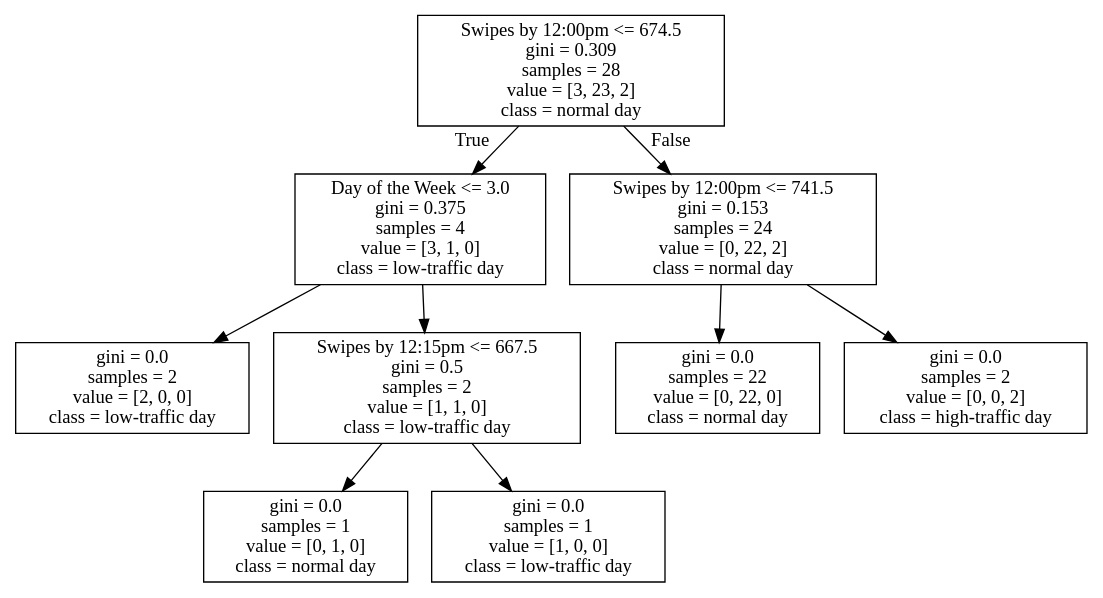
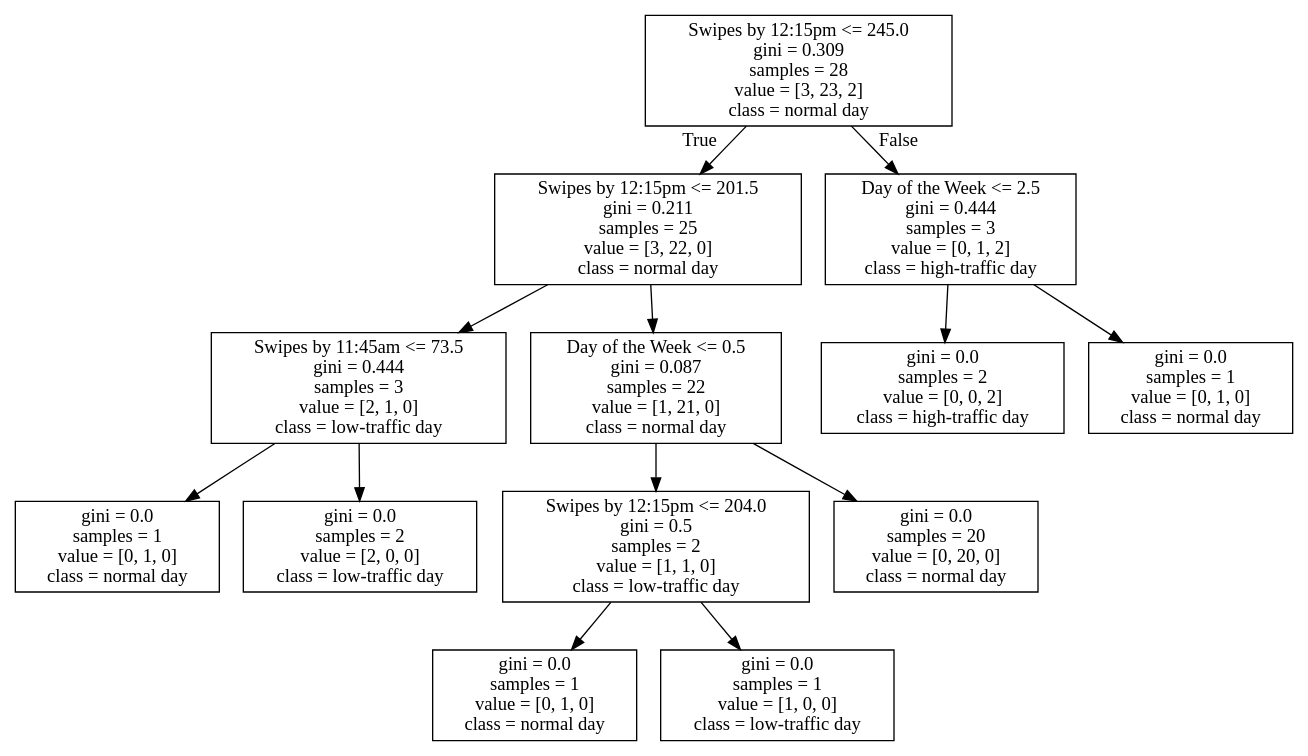
One commit to gracec10/yaledata changed the diagram in hw2_data 2/10.dot. Above: the diagram before and after it, drawn with Graphviz. The commit also changed 4 other files, not shown here.

```diff
--- a/hw2_data 2/10.dot
+++ b/hw2_data 2/10.dot
@@ -1,20 +1,28 @@
 digraph Tree {
 node [shape=box] ;
-0 [label="Swipes by 12:00pm <= 674.5\ngini = 0.309\nsamples = 28\nvalue = [3, 23, 2]\nclass = normal day"] ;
-1 [label="Day of the Week <= 3.0\ngini = 0.375\nsamples = 4\nvalue = [3, 1, 0]\nclass = low-traffic day"] ;
+0 [label="Swipes by 12:15pm <= 245.0\ngini = 0.309\nsamples = 28\nvalue = [3, 23, 2]\nclass = normal day"] ;
+1 [label="Swipes by 12:15pm <= 201.5\ngini = 0.211\nsamples = 25\nvalue = [3, 22, 0]\nclass = normal day"] ;
 0 -> 1 [labeldistance=2.5, labelangle=45, headlabel="True"] ;
-2 [label="gini = 0.0\nsamples = 2\nvalue = [2, 0, 0]\nclass = low-traffic day"] ;
+2 [label="Swipes by 11:45am <= 73.5\ngini = 0.444\nsamples = 3\nvalue = [2, 1, 0]\nclass = low-traffic day"] ;
 1 -> 2 ;
-3 [label="Swipes by 12:15pm <= 667.5\ngini = 0.5\nsamples = 2\nvalue = [1, 1, 0]\nclass = low-traffic day"] ;
-1 -> 3 ;
-4 [label="gini = 0.0\nsamples = 1\nvalue = [0, 1, 0]\nclass = normal day"] ;
-3 -> 4 ;
-5 [label="gini = 0.0\nsamples = 1\nvalue = [1, 0, 0]\nclass = low-traffic day"] ;
-3 -> 5 ;
-6 [label="Swipes by 12:00pm <= 741.5\ngini = 0.153\nsamples = 24\nvalue = [0, 22, 2]\nclass = normal day"] ;
-0 -> 6 [labeldistance=2.5, labelangle=-45, headlabel="False"] ;
-7 [label="gini = 0.0\nsamples = 22\nvalue = [0, 22, 0]\nclass = normal day"] ;
+3 [label="gini = 0.0\nsamples = 1\nvalue = [0, 1, 0]\nclass = normal day"] ;
+2 -> 3 ;
+4 [label="gini = 0.0\nsamples = 2\nvalue = [2, 0, 0]\nclass = low-traffic day"] ;
+2 -> 4 ;
+5 [label="Day of the Week <= 0.5\ngini = 0.087\nsamples = 22\nvalue = [1, 21, 0]\nclass = normal day"] ;
+1 -> 5 ;
+6 [label="Swipes by 12:15pm <= 204.0\ngini = 0.5\nsamples = 2\nvalue = [1, 1, 0]\nclass = low-traffic day"] ;
+5 -> 6 ;
+7 [label="gini = 0.0\nsamples = 1\nvalue = [0, 1, 0]\nclass = normal day"] ;
 6 -> 7 ;
-8 [label="gini = 0.0\nsamples = 2\nvalue = [0, 0, 2]\nclass = high-traffic day"] ;
+8 [label="gini = 0.0\nsamples = 1\nvalue = [1, 0, 0]\nclass = low-traffic day"] ;
 6 -> 8 ;
+9 [label="gini = 0.0\nsamples = 20\nvalue = [0, 20, 0]\nclass = normal day"] ;
+5 -> 9 ;
+10 [label="Day of the Week <= 2.5\ngini = 0.444\nsamples = 3\nvalue = [0, 1, 2]\nclass = high-traffic day"] ;
+0 -> 10 [labeldistance=2.5, labelangle=-45, headlabel="False"] ;
+11 [label="gini = 0.0\nsamples = 2\nvalue = [0, 0, 2]\nclass = high-traffic day"] ;
+10 -> 11 ;
+12 [label="gini = 0.0\nsamples = 1\nvalue = [0, 1, 0]\nclass = normal day"] ;
+10 -> 12 ;
 }
```
